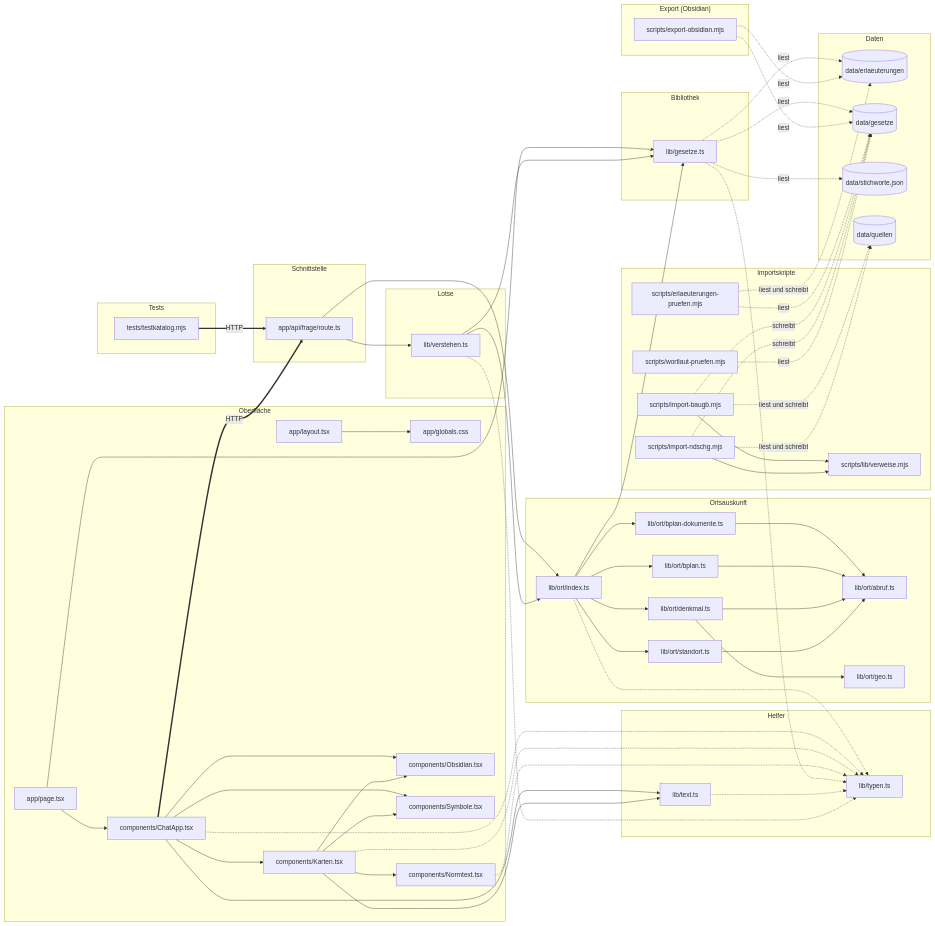
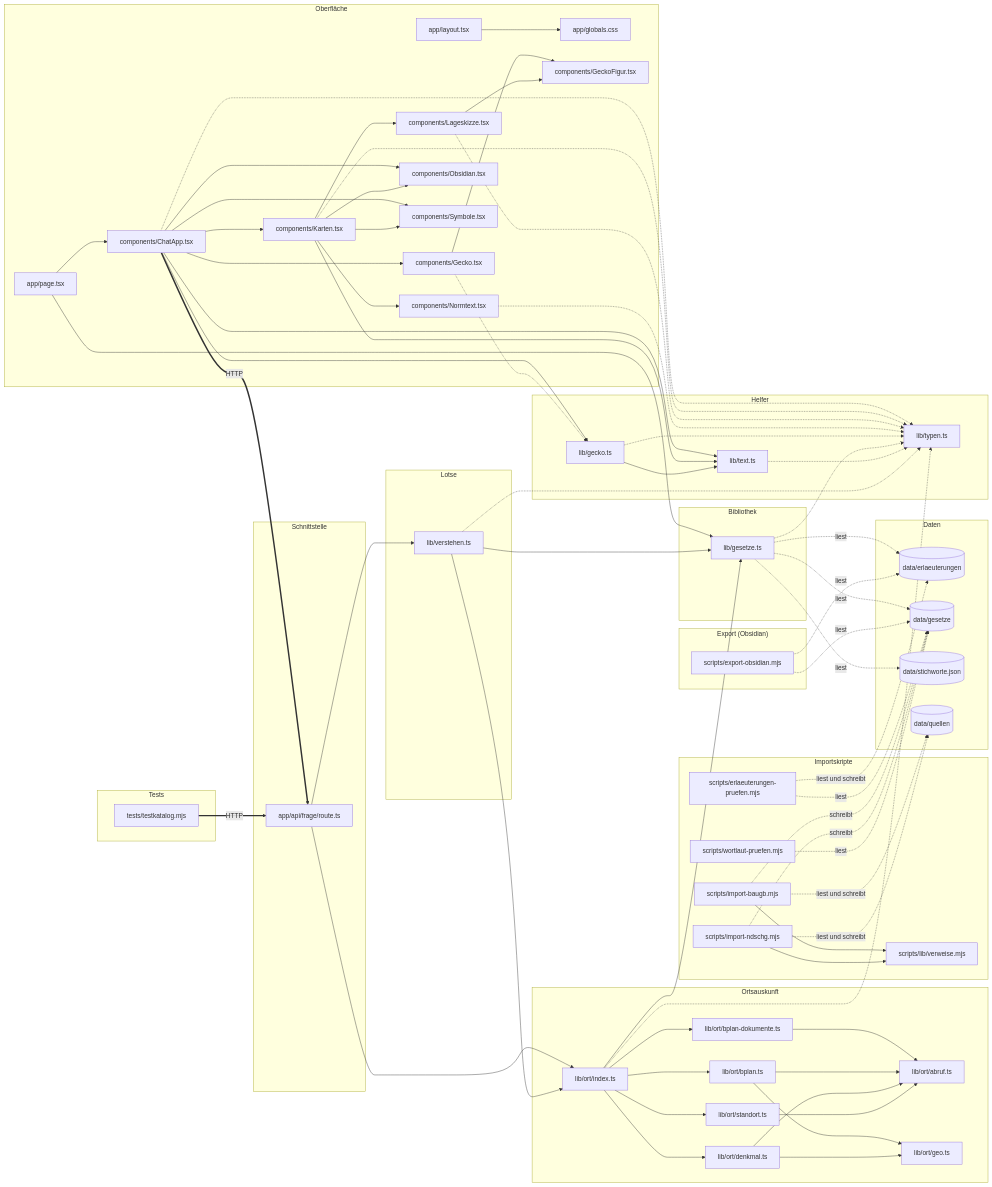
Before and after one commit to Jade-HS-Vibecoding-WPK/Bau-Normen: the second of 2 diagrams in obsidian/Projekt/Architektur.md, drawn with Mermaid. The commit also changed other lines of this file and 27 other files, not shown here.

First line of the commit message:
Gecko: minimalistische Silhouette, die über die Seite streift; Lageskizze

````diff
--- a/obsidian/Projekt/Architektur.md
+++ b/obsidian/Projekt/Architektur.md
@@ -89,26 +89,26 @@
 ```mermaid
 flowchart LR
   subgraph SB0["Importskripte"]
-    F20["scripts/erlaeuterungen-pruefen.mjs"]
-    F22["scripts/import-baugb.mjs"]
-    F23["scripts/import-ndschg.mjs"]
-    F24["scripts/lib/verweise.mjs"]
-    F25["scripts/wortlaut-pruefen.mjs"]
+    F24["scripts/erlaeuterungen-pruefen.mjs"]
+    F26["scripts/import-baugb.mjs"]
+    F27["scripts/import-ndschg.mjs"]
+    F28["scripts/lib/verweise.mjs"]
+    F29["scripts/wortlaut-pruefen.mjs"]
   end
   subgraph SB1["Bibliothek"]
-    F9["lib/gesetze.ts"]
+    F13["lib/gesetze.ts"]
   end
   subgraph SB2["Lotse"]
-    F19["lib/verstehen.ts"]
+    F23["lib/verstehen.ts"]
   end
   subgraph SB3["Ortsauskunft"]
-    F10["lib/ort/abruf.ts"]
-    F11["lib/ort/bplan-dokumente.ts"]
-    F12["lib/ort/bplan.ts"]
-    F13["lib/ort/denkmal.ts"]
-    F14["lib/ort/geo.ts"]
-    F15["lib/ort/index.ts"]
-    F16["lib/ort/standort.ts"]
+    F14["lib/ort/abruf.ts"]
+    F15["lib/ort/bplan-dokumente.ts"]
+    F16["lib/ort/bplan.ts"]
+    F17["lib/ort/denkmal.ts"]
+    F18["lib/ort/geo.ts"]
+    F19["lib/ort/index.ts"]
+    F20["lib/ort/standort.ts"]
   end
   subgraph SB4["Schnittstelle"]
     F0["app/api/frage/route.ts"]
@@ -118,20 +118,24 @@
     F2["app/layout.tsx"]
     F3["app/page.tsx"]
     F4["components/ChatApp.tsx"]
-    F5["components/Karten.tsx"]
-    F6["components/Normtext.tsx"]
-    F7["components/Obsidian.tsx"]
-    F8["components/Symbole.tsx"]
+    F5["components/Gecko.tsx"]
+    F6["components/GeckoFigur.tsx"]
+    F7["components/Karten.tsx"]
+    F8["components/Lageskizze.tsx"]
+    F9["components/Normtext.tsx"]
+    F10["components/Obsidian.tsx"]
+    F11["components/Symbole.tsx"]
   end
   subgraph SB6["Helfer"]
-    F17["lib/text.ts"]
-    F18["lib/typen.ts"]
+    F12["lib/gecko.ts"]
+    F21["lib/text.ts"]
+    F22["lib/typen.ts"]
   end
   subgraph SB7["Tests"]
-    F26["tests/testkatalog.mjs"]
+    F30["tests/testkatalog.mjs"]
   end
   subgraph SB8["Export (Obsidian)"]
-    F21["scripts/export-obsidian.mjs"]
+    F25["scripts/export-obsidian.mjs"]
   end
   subgraph SD["Daten"]
     D0[("data/erlaeuterungen")]
@@ -139,52 +143,62 @@
     D2[("data/stichworte.json")]
     D3[("data/quellen")]
   end
-  F0 --> F15
   F0 --> F19
+  F0 --> F23
   F2 --> F1
   F3 --> F4
-  F3 --> F9
-  F4 --> F17
-  F4 -.-> F18
+  F3 --> F13
+  F4 --> F12
+  F4 --> F21
+  F4 -.-> F22
+  F4 --> F7
   F4 --> F5
-  F4 --> F7
-  F4 --> F8
+  F4 --> F10
+  F4 --> F11
   F4 ==>|HTTP| F0
-  F5 --> F17
-  F5 -.-> F18
+  F5 -.-> F12
   F5 --> F6
-  F5 --> F7
-  F5 --> F8
-  F6 -.-> F18
-  F9 -.-> F18
-  F9 -.->|liest| D0
-  F9 -.->|liest| D1
-  F9 -.->|liest| D2
-  F11 --> F10
-  F12 --> F10
-  F13 --> F10
-  F13 --> F14
-  F15 --> F9
-  F15 -.-> F18
-  F15 --> F12
-  F15 --> F11
-  F15 --> F13
-  F15 --> F16
-  F16 --> F10
-  F17 -.-> F18
-  F19 --> F9
+  F7 --> F21
+  F7 -.-> F22
+  F7 --> F9
+  F7 --> F8
+  F7 --> F10
+  F7 --> F11
+  F8 -.-> F22
+  F8 --> F6
+  F9 -.-> F22
+  F12 --> F21
+  F12 -.-> F22
+  F13 -.-> F22
+  F13 -.->|liest| D0
+  F13 -.->|liest| D1
+  F13 -.->|liest| D2
+  F15 --> F14
+  F16 --> F14
+  F16 --> F18
+  F17 --> F14
+  F17 --> F18
+  F19 --> F13
+  F19 -.-> F22
+  F19 --> F16
   F19 --> F15
-  F19 -.-> F18
-  F20 -.->|liest und schreibt| D0
-  F20 -.->|liest| D1
-  F21 -.->|liest| D0
-  F21 -.->|liest| D1
-  F22 --> F24
-  F22 -.->|schreibt| D1
-  F22 -.->|liest und schreibt| D3
-  F23 --> F24
-  F23 -.->|liest und schreibt| D3
-  F23 -.->|schreibt| D1
+  F19 --> F17
+  F19 --> F20
+  F20 --> F14
+  F21 -.-> F22
+  F23 --> F13
+  F23 --> F19
+  F23 -.-> F22
+  F24 -.->|liest und schreibt| D0
+  F24 -.->|liest| D1
+  F25 -.->|liest| D0
   F25 -.->|liest| D1
-  F26 ==>|HTTP| F0
+  F26 --> F28
+  F26 -.->|schreibt| D1
+  F26 -.->|liest und schreibt| D3
+  F27 --> F28
+  F27 -.->|liest und schreibt| D3
+  F27 -.->|schreibt| D1
+  F29 -.->|liest| D1
+  F30 ==>|HTTP| F0
 ```
````
